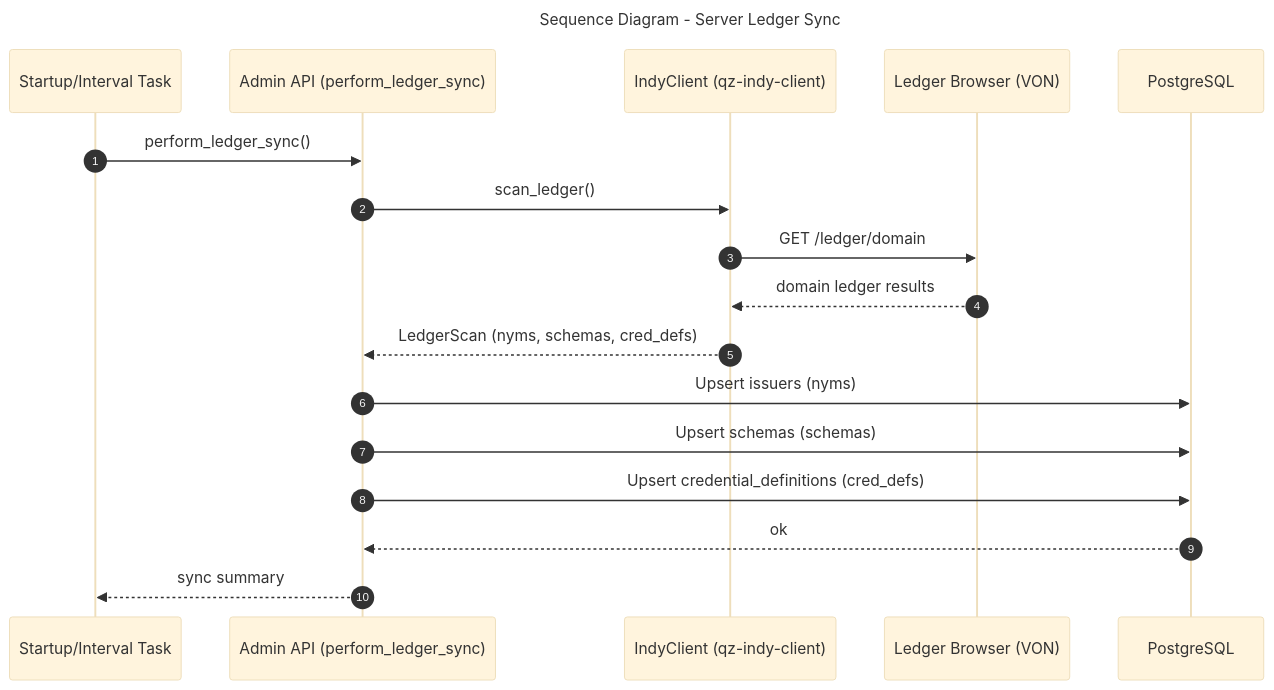
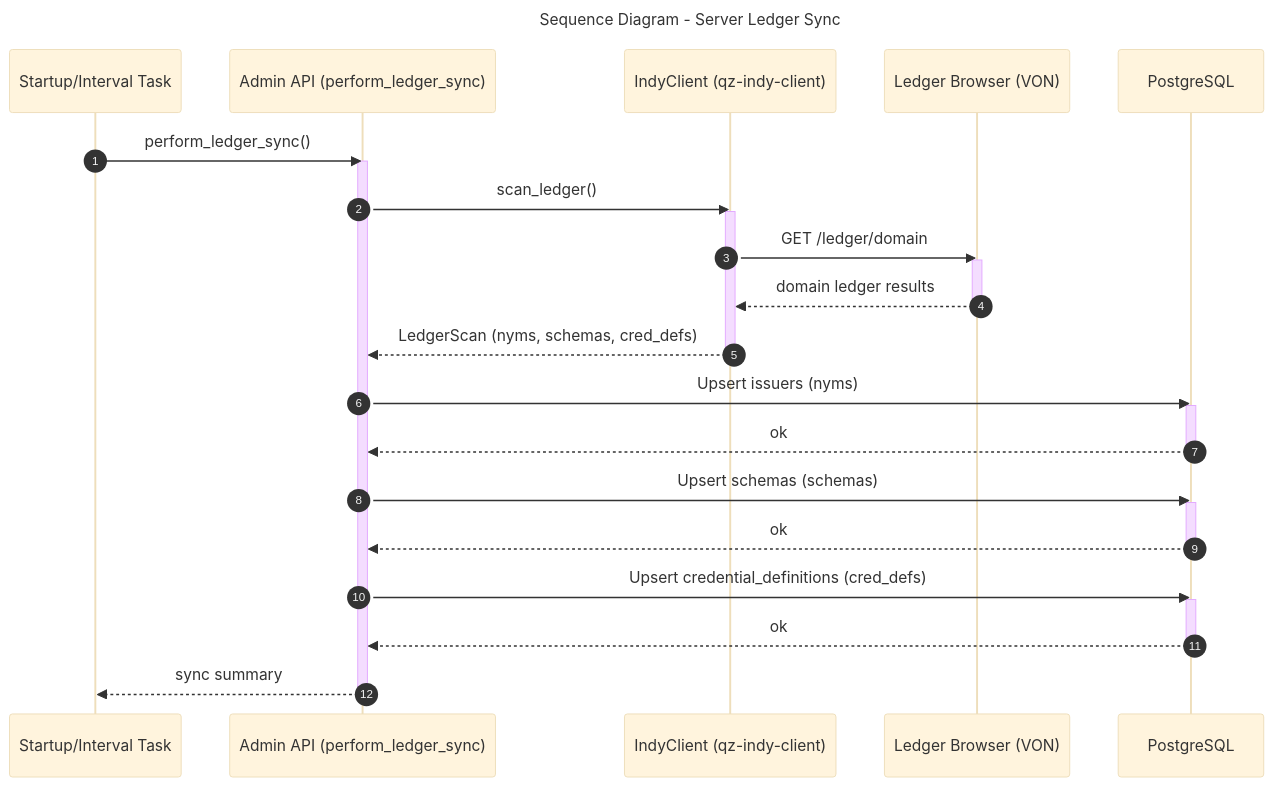
One commit to CHATEAUFORGE-LLC/QuantumZero changed the diagram in diagrams/sequence-server-ledger-sync.mmd. Above: the diagram before and after it, drawn with Mermaid. The commit also changed 41 other files, not shown here.

Commit message:
Standardized all sequence diagrams, and refactored everything to ensure UML compliance, unification of content and design of key diagrams

```diff
--- a/diagrams/sequence-server-ledger-sync.mmd
+++ b/diagrams/sequence-server-ledger-sync.mmd
@@ -1,24 +1,43 @@
 ---
 title: Sequence Diagram - Server Ledger Sync
 config:
   theme: base
 ---
 %% QuantumZero UML palette note: actors/external=#fff7e6/#b45309, system/component=#e0f2fe/#075985, datastore=#ecfccb/#4d7c0f, notes=#fff9c4/#d97706. Aligns diagrams to Deliverable 1 UML/DFD theme.
 %% Implements: QuantumZero-server/services/admin-api/src/main.rs (startup + periodic task) and handlers.rs (perform_ledger_sync)
 sequenceDiagram
- autonumber
- participant Timer as Startup/Interval Task
- participant API as Admin API (perform_ledger_sync)
- participant Indy as IndyClient (qz-indy-client)
- participant Ledger as Ledger Browser (VON)
- participant DB as PostgreSQL
- Timer->>API: perform_ledger_sync()
- API->>Indy: scan_ledger()
- Indy->>Ledger: GET /ledger/domain
- Ledger-->>Indy: domain ledger results
- Indy-->>API: LedgerScan (nyms, schemas, cred_defs)
- API->>DB: Upsert issuers (nyms)
- API->>DB: Upsert schemas (schemas)
- API->>DB: Upsert credential_definitions (cred_defs)
- DB-->>API: ok
- API-->>Timer: sync summary
+  autonumber
+  participant Timer as Startup/Interval Task
+  participant API as Admin API (perform_ledger_sync)
+  participant Indy as IndyClient (qz-indy-client)
+  participant Ledger as Ledger Browser (VON)
+  participant DB as PostgreSQL
+
+  Timer->>API: perform_ledger_sync()
+  activate API
+  API->>Indy: scan_ledger()
+  activate Indy
+  Indy->>Ledger: GET /ledger/domain
+  activate Ledger
+  Ledger-->>Indy: domain ledger results
+  deactivate Ledger
+  Indy-->>API: LedgerScan (nyms, schemas, cred_defs)
+  deactivate Indy
+
+  API->>DB: Upsert issuers (nyms)
+  activate DB
+  DB-->>API: ok
+  deactivate DB
+
+  API->>DB: Upsert schemas (schemas)
+  activate DB
+  DB-->>API: ok
+  deactivate DB
+
+  API->>DB: Upsert credential_definitions (cred_defs)
+  activate DB
+  DB-->>API: ok
+  deactivate DB
+
+  API-->>Timer: sync summary
+  deactivate API
```
